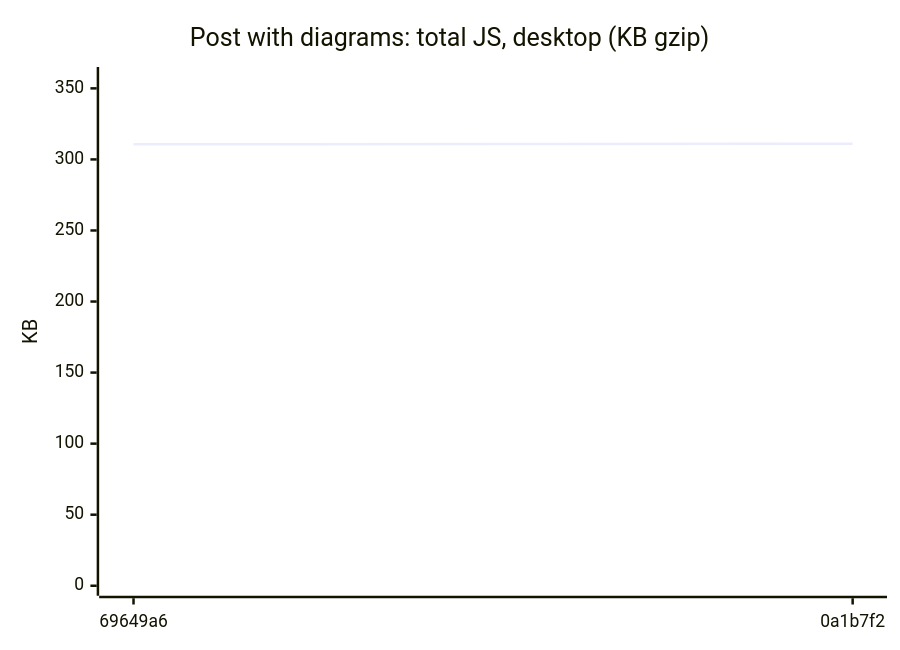
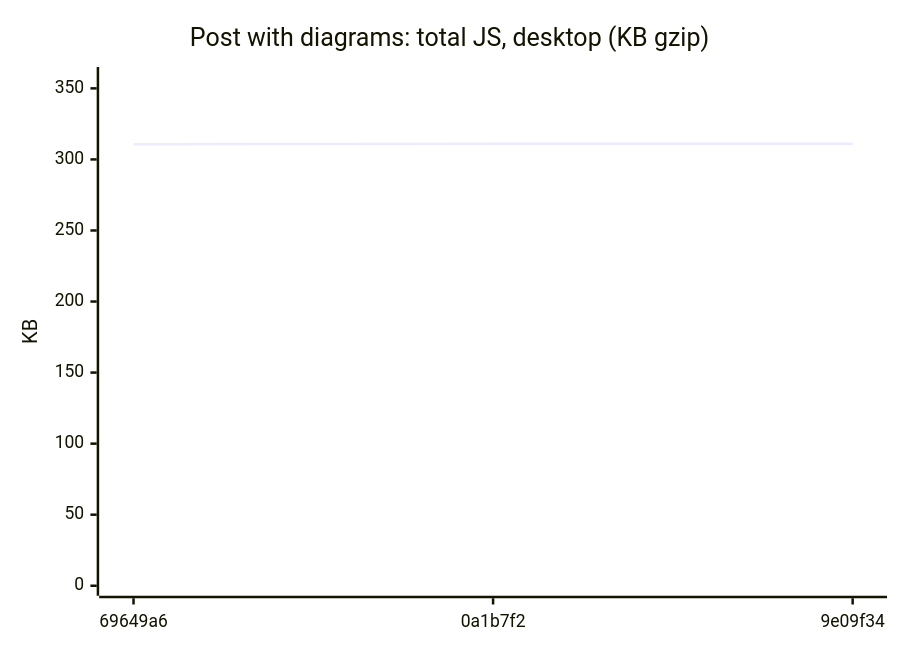
One commit to AxelUser/maltsev.space changed diagram 15 of 18 in README.md. Above: the diagram before and after it, drawn with Mermaid. The commit also changed other lines of this file and 1 other file, not shown here.

````diff
--- a/README.md
+++ b/README.md
@@ -161,7 +161,7 @@
 ```mermaid
 xychart-beta
   title "Post with diagrams: total JS, desktop (KB gzip)"
-  x-axis ["69649a6", "0a1b7f2"]
+  x-axis ["69649a6", "0a1b7f2", "9e09f34"]
   y-axis "KB" 0 --> 358
-  line [310.7, 311]
+  line [310.7, 311, 311]
 ```
````
